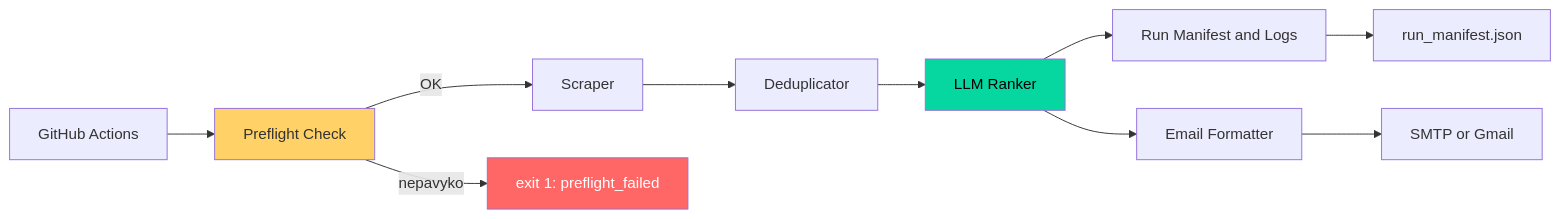
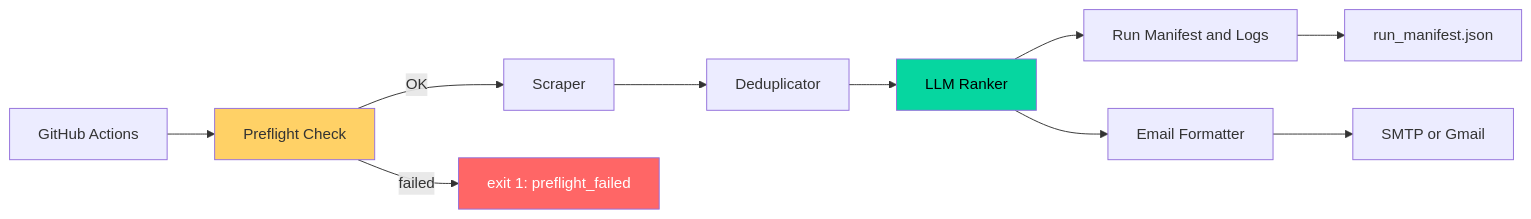
Before and after one commit to forevercornix/job-agent: the diagram in README.md, drawn with Mermaid. The commit also changed other lines of this file and 1 other file, not shown here.

````diff
--- a/README.md
+++ b/README.md
@@ -47,16 +51,16 @@
 ```mermaid
 flowchart LR
     A[GitHub Actions] --> B[Preflight Check]
     B -->|OK| C[Scraper]
-    B -->|nepavyko| Z[exit 1: preflight_failed]
+    B -->|failed| Z[exit 1: preflight_failed]
     C --> D[Deduplicator]
     D --> E[LLM Ranker]
     E --> F[Run Manifest and Logs]
     E --> G[Email Formatter]
     G --> H[SMTP or Gmail]
     F --> I[run_manifest.json]
 
     style Z fill:#f66,color:#fff
     style B fill:#ffd166
     style E fill:#06d6a0,color:#000
 ```
````
